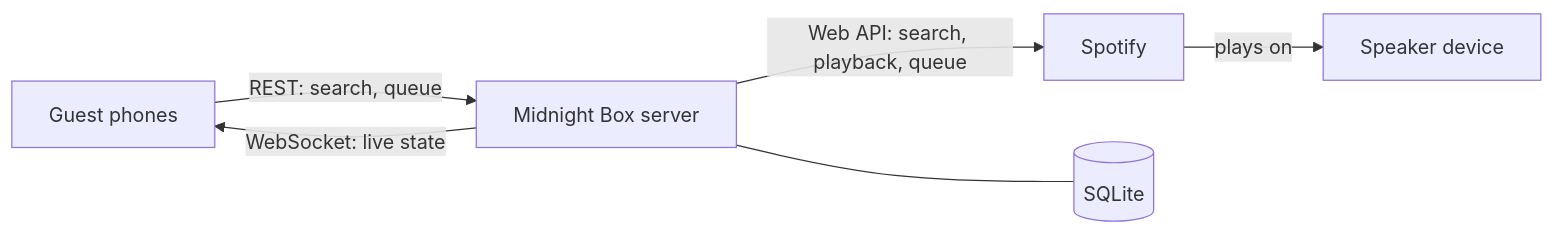
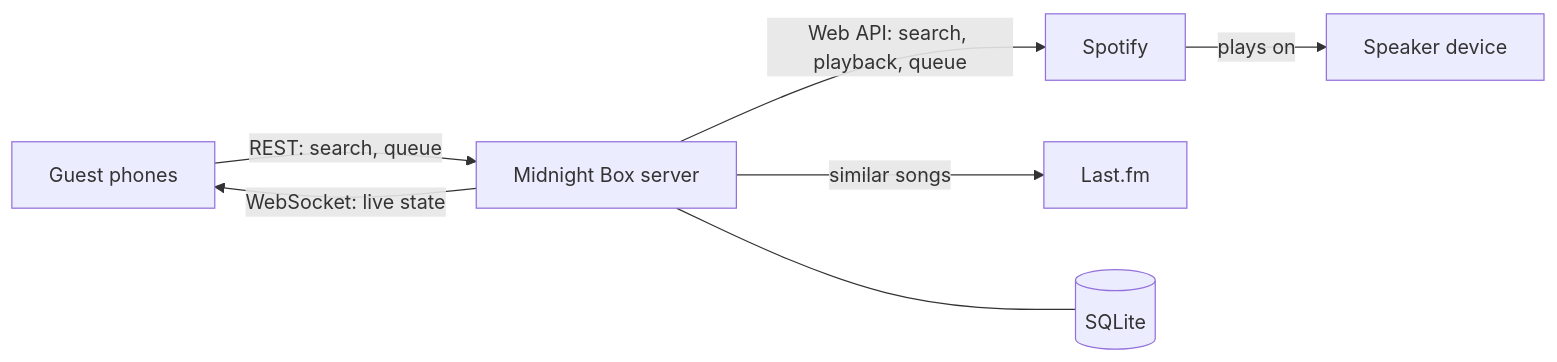
One commit to BBQWarrior/midnight-box changed the diagram in README.md. Above: the diagram before and after it, drawn with Mermaid. The commit also changed other lines of this file and 12 other files, not shown here.

````diff
--- a/README.md
+++ b/README.md
@@ -74,8 +80,9 @@
 ```mermaid
 flowchart LR
   P[Guest phones] -- REST: search, queue --> S[Midnight Box server]
   S -- WebSocket: live state --> P
   S -- Web API: search, playback, queue --> SP[Spotify]
+  S -- similar songs --> LF[Last.fm]
   SP -- plays on --> D[Speaker device]
   S --- DB[(SQLite)]
 ```
````
